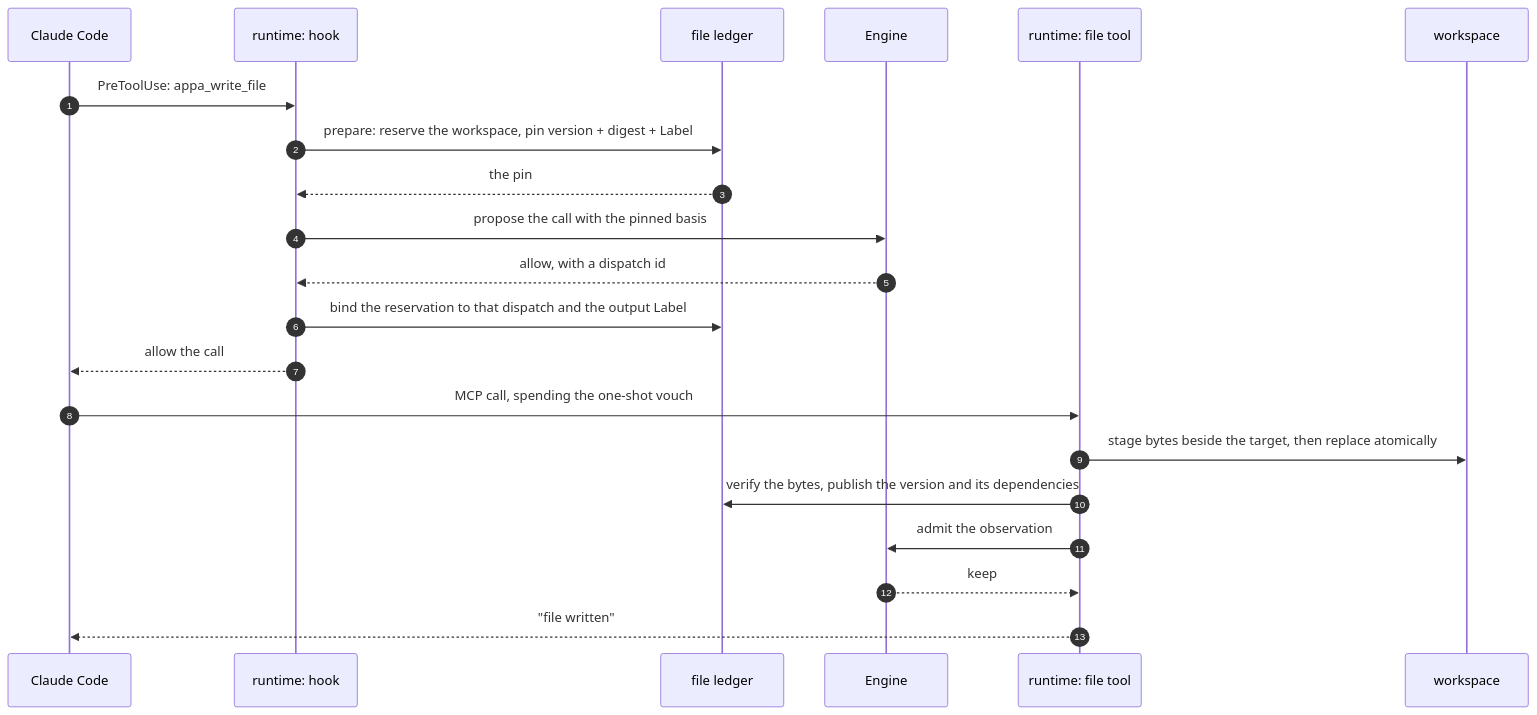
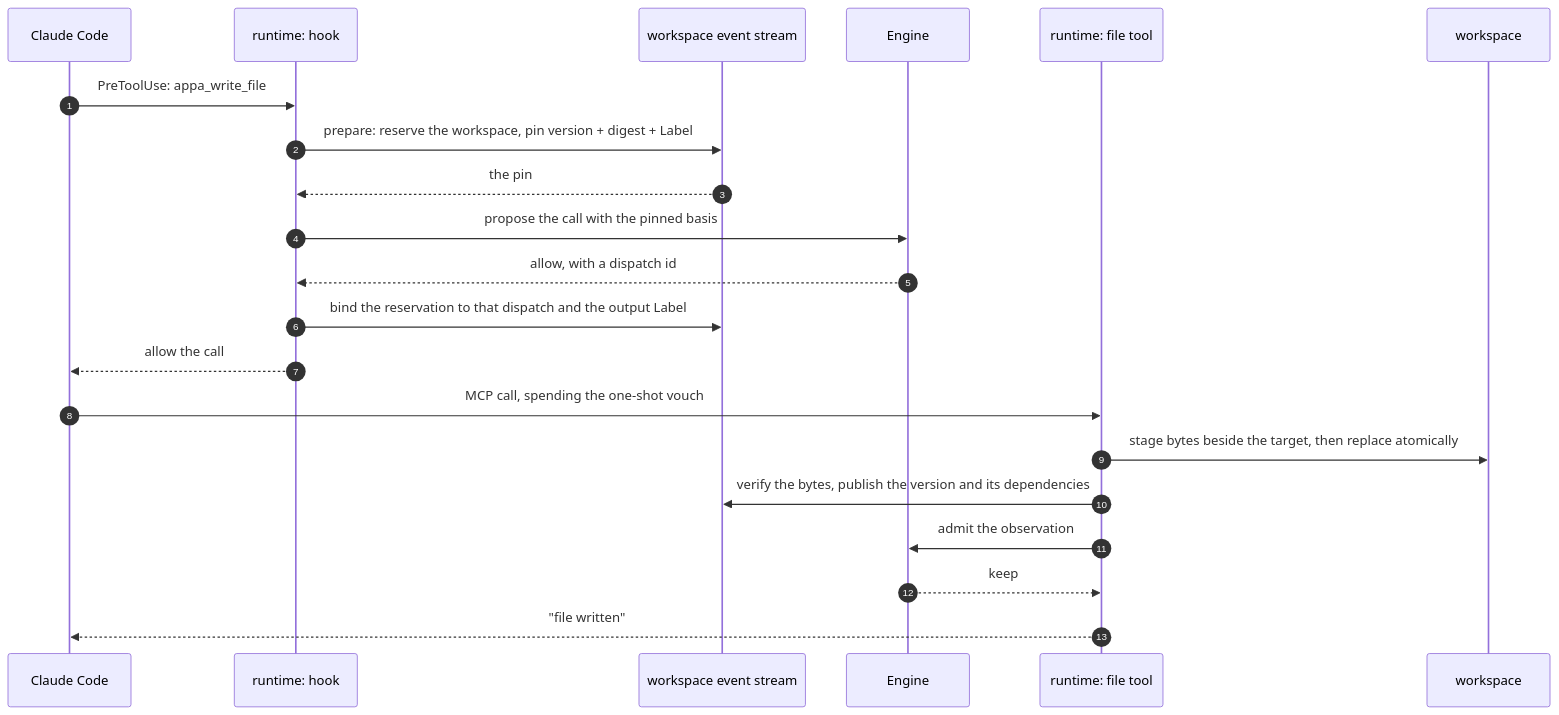
The second of 4 diagrams in appa-runtime/FILE-MEDIATION.md (archestra-ai/OpenAPPA), drawn with Mermaid before and after one commit. The commit also changed other lines of this file and 10 other files, not shown here.

````diff
--- a/appa-runtime/FILE-MEDIATION.md
+++ b/appa-runtime/FILE-MEDIATION.md
@@ -106,24 +108,24 @@
 ```mermaid
 sequenceDiagram
     autonumber
     participant C as Claude Code
     participant H as runtime: hook
-    participant L as file ledger
+    participant L as workspace event stream
     participant E as Engine
     participant T as runtime: file tool
     participant W as workspace
 
     C->>H: PreToolUse: appa_write_file
     H->>L: prepare: reserve the workspace, pin version + digest + Label
     L-->>H: the pin
     H->>E: propose the call with the pinned basis
     E-->>H: allow, with a dispatch id
     H->>L: bind the reservation to that dispatch and the output Label
     H-->>C: allow the call
     C->>T: MCP call, spending the one-shot vouch
     T->>W: stage bytes beside the target, then replace atomically
     T->>L: verify the bytes, publish the version and its dependencies
     T->>E: admit the observation
     E-->>T: keep
     T-->>C: "file written"
 ```
````
